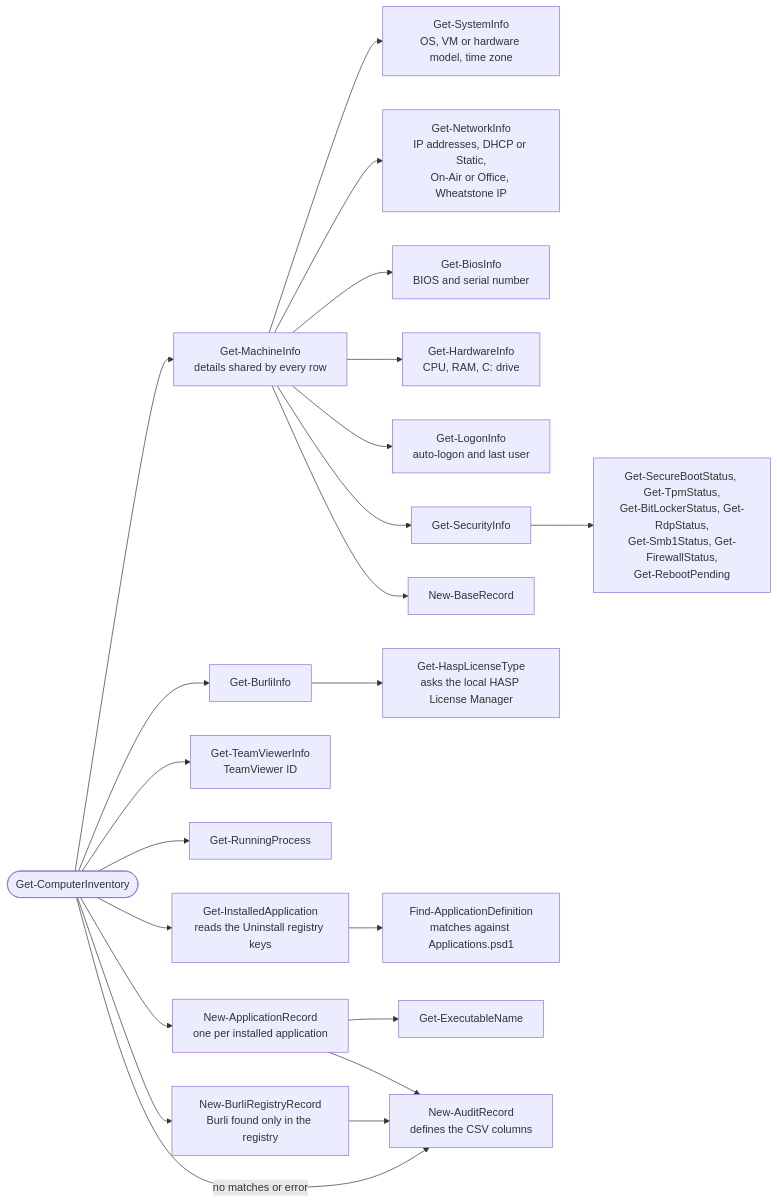
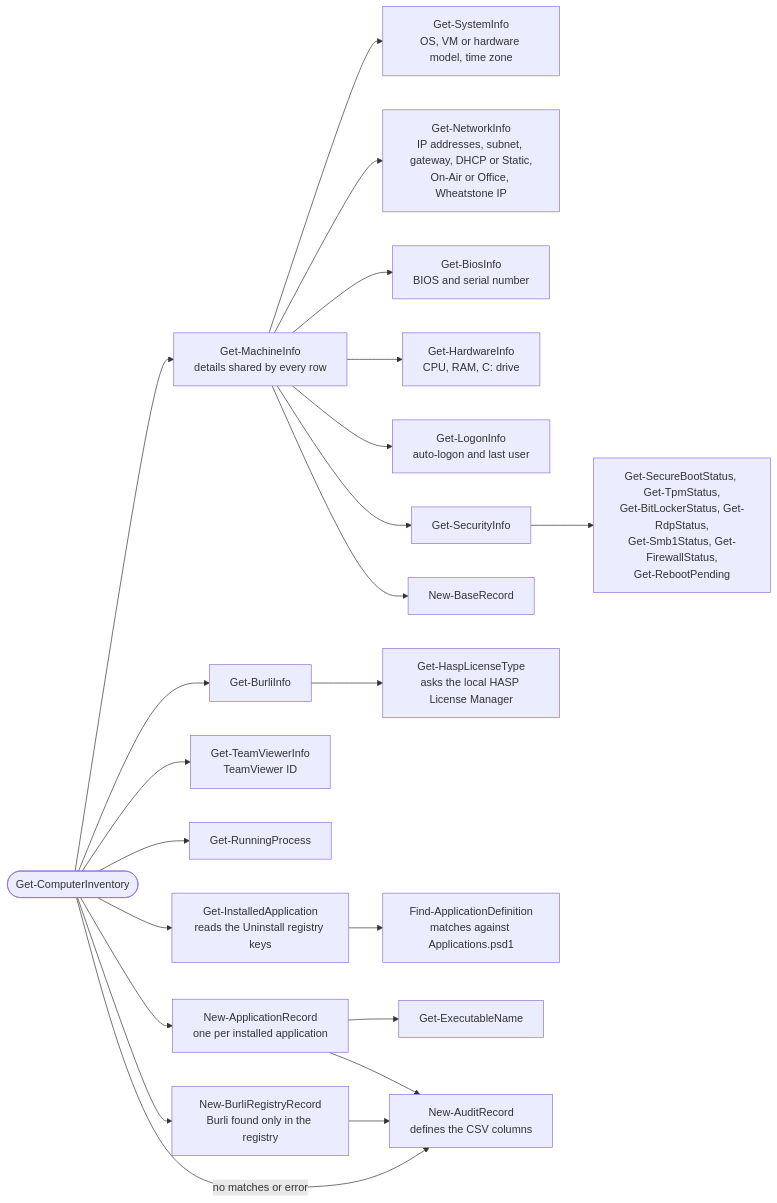
Before and after one commit to Shawn-Nichol/PowerShell-Asset-Inventory: the second of 2 diagrams in README.md, drawn with Mermaid. The commit also changed other lines of this file and 4 other files, not shown here.

Commit message:
Add Subnet Mask and Default Gateway columns for the main adapter

````diff
--- a/README.md
+++ b/README.md
@@ -216,33 +216,33 @@
 ```mermaid
 flowchart LR
     Inv(["Get-ComputerInventory"])
 
     Inv --> Machine["Get-MachineInfo<br/>details shared by every row"]
     Machine --> Sys["Get-SystemInfo<br/>OS, VM or hardware model, time zone"]
-    Machine --> NetInfo["Get-NetworkInfo<br/>IP addresses, DHCP or Static,<br/>On-Air or Office, Wheatstone IP"]
+    Machine --> NetInfo["Get-NetworkInfo<br/>IP addresses, subnet, gateway, DHCP or Static,<br/>On-Air or Office, Wheatstone IP"]
     Machine --> Bios["Get-BiosInfo<br/>BIOS and serial number"]
     Machine --> Hw["Get-HardwareInfo<br/>CPU, RAM, C: drive"]
     Machine --> Logon["Get-LogonInfo<br/>auto-logon and last user"]
     Machine --> Sec["Get-SecurityInfo"]
     Sec --> SecChecks["Get-SecureBootStatus, Get-TpmStatus,<br/>Get-BitLockerStatus, Get-RdpStatus,<br/>Get-Smb1Status, Get-FirewallStatus,<br/>Get-RebootPending"]
     Machine --> Base["New-BaseRecord"]
 
     Inv --> Burli["Get-BurliInfo"]
     Burli --> Hasp["Get-HaspLicenseType<br/>asks the local HASP License Manager"]
 
     Inv --> TV["Get-TeamViewerInfo<br/>TeamViewer ID"]
 
     Inv --> Proc["Get-RunningProcess"]
 
     Inv --> Installed["Get-InstalledApplication<br/>reads the Uninstall registry keys"]
     Installed --> Find["Find-ApplicationDefinition<br/>matches against Applications.psd1"]
 
     Inv --> AppRec["New-ApplicationRecord<br/>one per installed application"]
     AppRec --> Exe["Get-ExecutableName"]
     AppRec --> Audit["New-AuditRecord<br/>defines the CSV columns"]
 
     Inv --> BurliRec["New-BurliRegistryRecord<br/>Burli found only in the registry"]
     BurliRec --> Audit
 
     Inv -->|no matches or error| Audit
 ```
````
